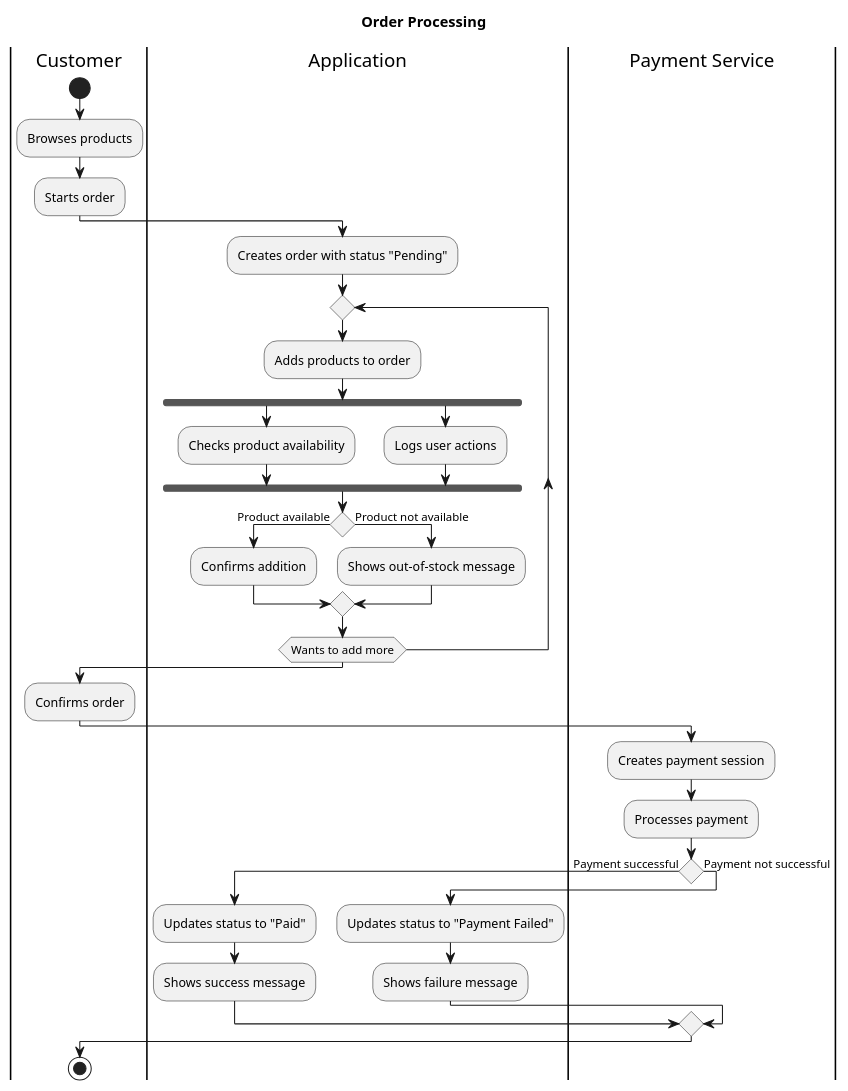
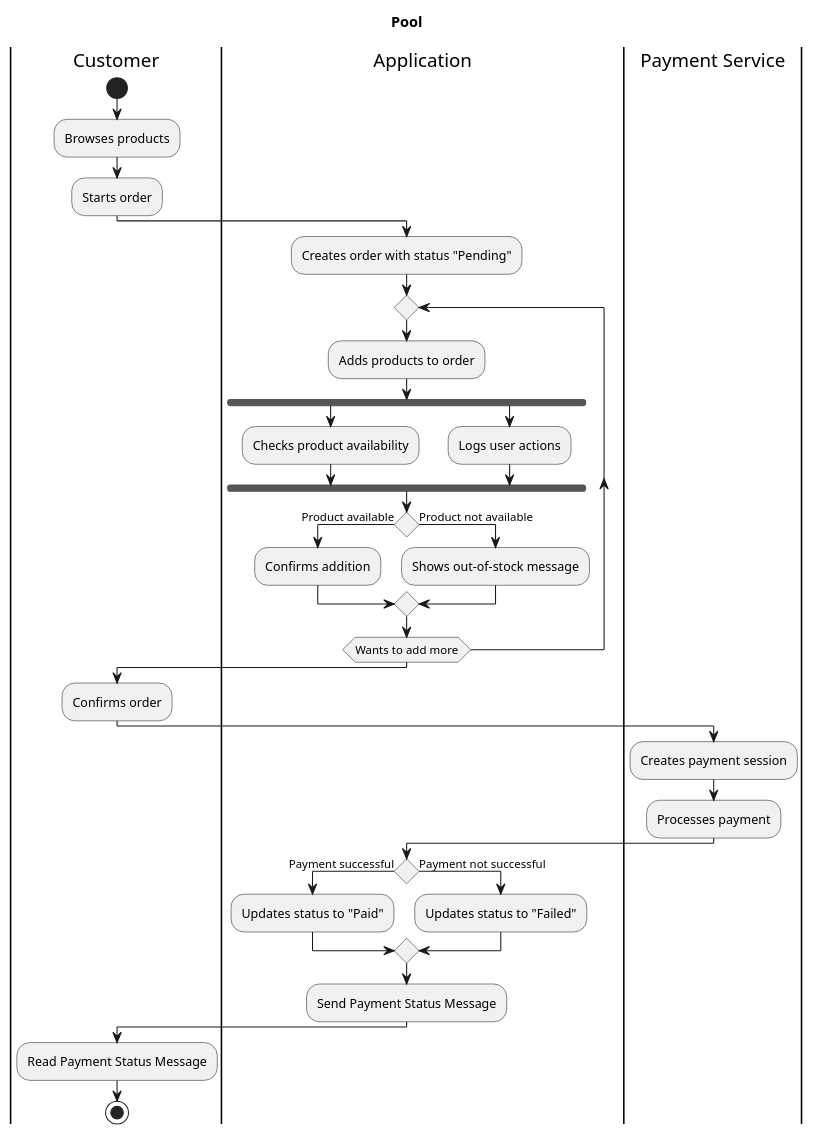
The diagram in Declarative/lab4.puml (StenSOn27/lab4_kpi), drawn with PlantUML before and after one commit. The commit also changed 1 other file, not shown here.

Commit message:
update plantuml

```diff
--- a/Declarative/lab4.puml
+++ b/Declarative/lab4.puml
@@ -1,47 +1,47 @@
 @startuml lab4
-title Order Processing
+title Pool
 
 |Customer|
 start
 :Browses products;
 :Starts order;
 
 |Application|
 :Creates order with status "Pending";
 
 repeat
   :Adds products to order;
   
   fork
     :Checks product availability;
   fork again
     :Logs user actions;
   end fork
 
   if () then (Product available)
     :Confirms addition;
   else (Product not available)
     :Shows out-of-stock message;
   endif
 repeat while (Wants to add more)
 
 |Customer|
 :Confirms order;
 
 |Payment Service|
 :Creates payment session;
 :Processes payment;
 
+|Application|
 if () then (Payment successful)
-  |Application|
   :Updates status to "Paid";
-  :Shows success message;
 else (Payment not successful)
-  |Application|
-  :Updates status to "Payment Failed";
-  :Shows failure message;
+  :Updates status to "Failed";
 endif
 
+:Send Payment Status Message;
+
 |Customer|
+:Read Payment Status Message;
 stop
 @enduml
```
